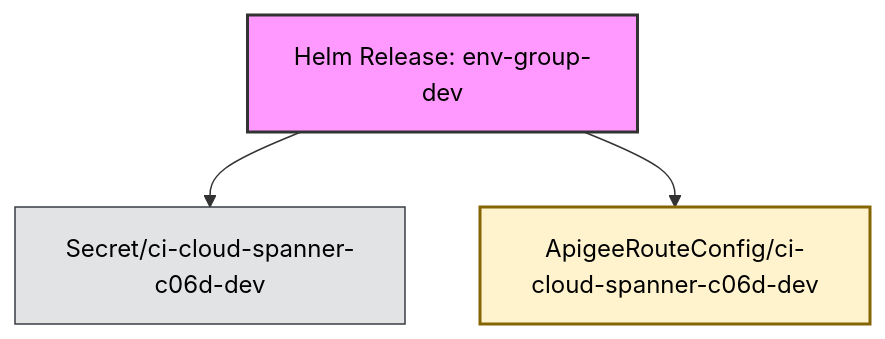
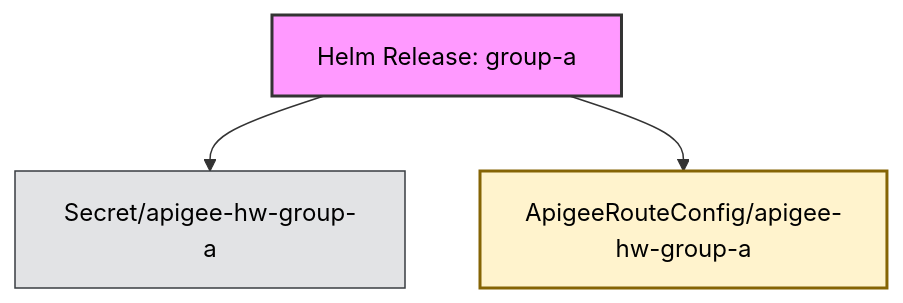
The diagram in generated/apigee-virtualhost-1.15.0-shallow-all.md (anaik91/apigee-hybrid-relationship-builder), drawn with Mermaid before and after one commit. The commit also changed other lines of this file and 51 other files, not shown here.

````diff
--- a/generated/apigee-virtualhost-1.15.0-shallow-all.md
+++ b/generated/apigee-virtualhost-1.15.0-shallow-all.md
@@ -11,23 +11,23 @@
 ```mermaid
 graph TD;
     classDef helm fill:#f9f,stroke:#333,stroke-width:2px,color:#000
     classDef workload fill:#cce5ff,stroke:#004085,stroke-width:1px,color:#000
     classDef network fill:#d4edda,stroke:#155724,stroke-width:1px,color:#000
     classDef config fill:#e2e3e5,stroke:#383d41,stroke-width:1px,color:#000
     classDef rbac fill:#f8d7da,stroke:#721c24,stroke-width:1px,color:#000
     classDef apigee_crd fill:#fff3cd,stroke:#856404,stroke-width:2px,color:#000
     classDef cert_manager_crd fill:#d1ecf1,stroke:#0c5460,stroke-width:2px,color:#000
     classDef webhook fill:#ddd,stroke:#333,stroke-width:2px,color:#000
     classDef default fill:#fff,stroke:#333,stroke-width:1px,color:#000
 
-    HelmReleaseenvgroupdev["Helm Release: env-group-dev"]
-    Secretcicloudspannerc06ddev["Secret/ci-cloud-spanner-c06d-dev"]
-    ApigeeRouteConfigcicloudspannerc06ddev["ApigeeRouteConfig/ci-cloud-spanner-c06d-dev"]
+    HelmReleasegroupa["Helm Release: group-a"]
+    Secretapigeehwgroupa["Secret/apigee-hw-group-a"]
+    ApigeeRouteConfigapigeehwgroupa["ApigeeRouteConfig/apigee-hw-group-a"]
 
-    class HelmReleaseenvgroupdev helm;
-    class Secretcicloudspannerc06ddev config;
-    class ApigeeRouteConfigcicloudspannerc06ddev apigee_crd;
+    class HelmReleasegroupa helm;
+    class Secretapigeehwgroupa config;
+    class ApigeeRouteConfigapigeehwgroupa apigee_crd;
 
-    HelmReleaseenvgroupdev --> Secretcicloudspannerc06ddev
-    HelmReleaseenvgroupdev --> ApigeeRouteConfigcicloudspannerc06ddev
+    HelmReleasegroupa --> Secretapigeehwgroupa
+    HelmReleasegroupa --> ApigeeRouteConfigapigeehwgroupa
 ```
````
